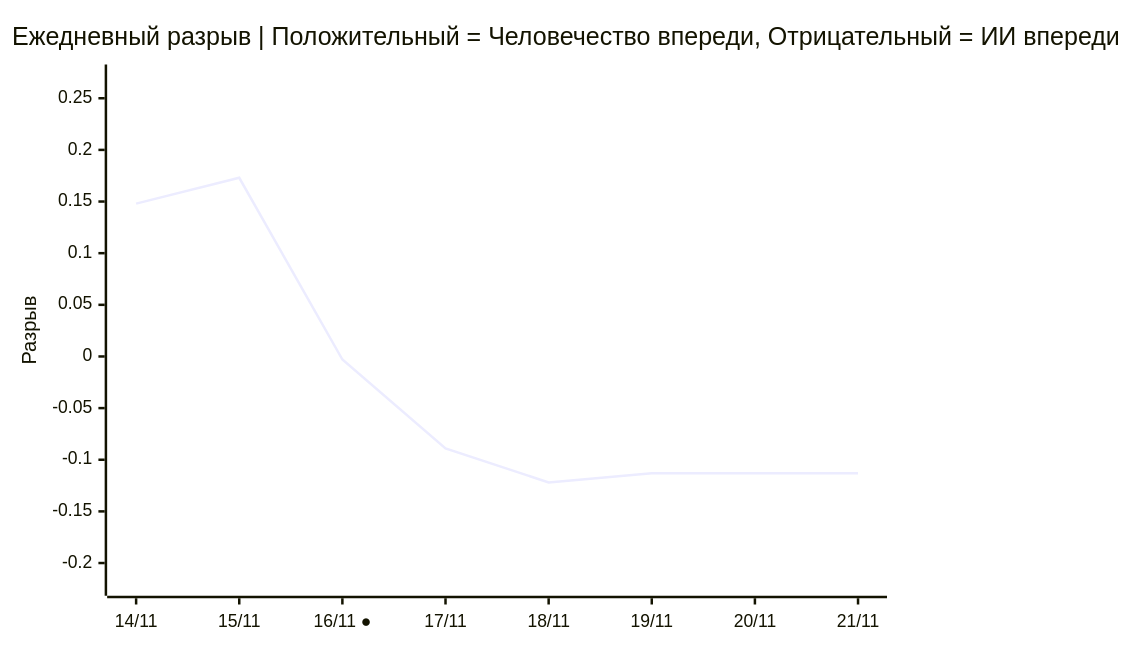
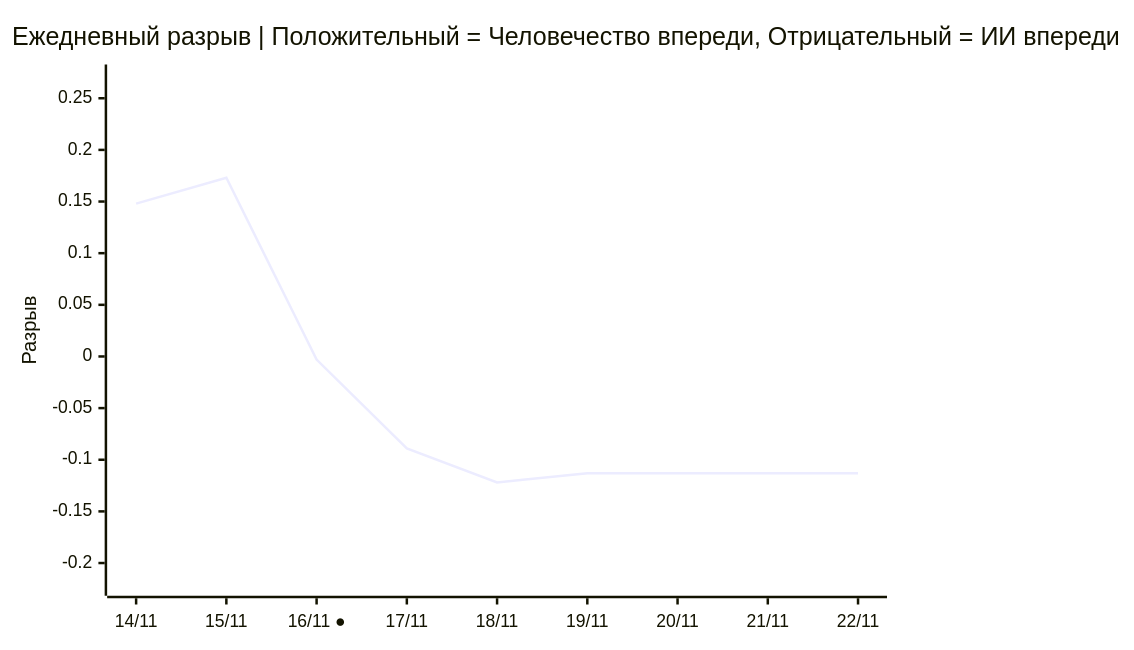
Before and after one commit to VQQLK/Human-AI-Monitor: the third of 3 diagrams in README.ru.md, drawn with Mermaid. The commit also changed other lines of this file and 2 other files, not shown here.

````diff
--- a/README.ru.md
+++ b/README.ru.md
@@ -54,7 +54,7 @@
 ```mermaid
 xychart-beta
     title "Ежедневный разрыв | Положительный = Человечество впереди, Отрицательный = ИИ впереди"
-    x-axis ["14/11", "15/11", "16/11 ●", "17/11", "18/11", "19/11", "20/11", "21/11"]
+    x-axis ["14/11", "15/11", "16/11 ●", "17/11", "18/11", "19/11", "20/11", "21/11", "22/11"]
     y-axis "Разрыв" -0.222 --> 0.273
-    line [0.148, 0.173, -0.003, -0.089, -0.122, -0.113, -0.113, -0.113]
+    line [0.148, 0.173, -0.003, -0.089, -0.122, -0.113, -0.113, -0.113, -0.113]
 ```
````
